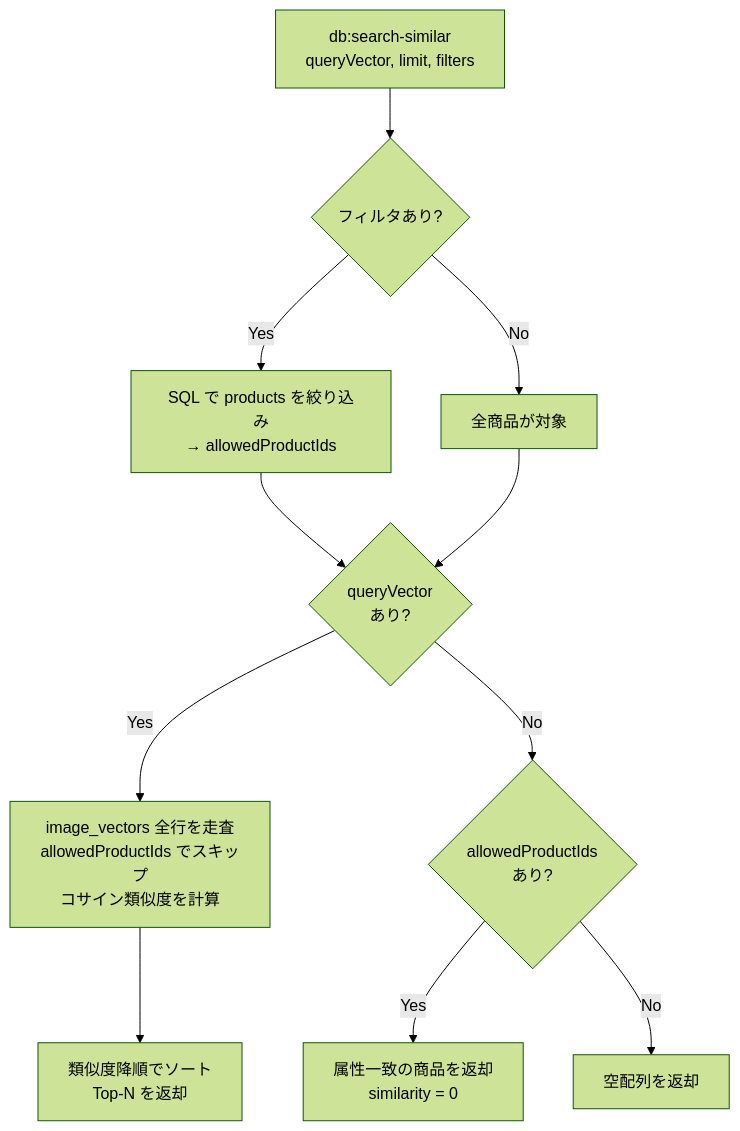
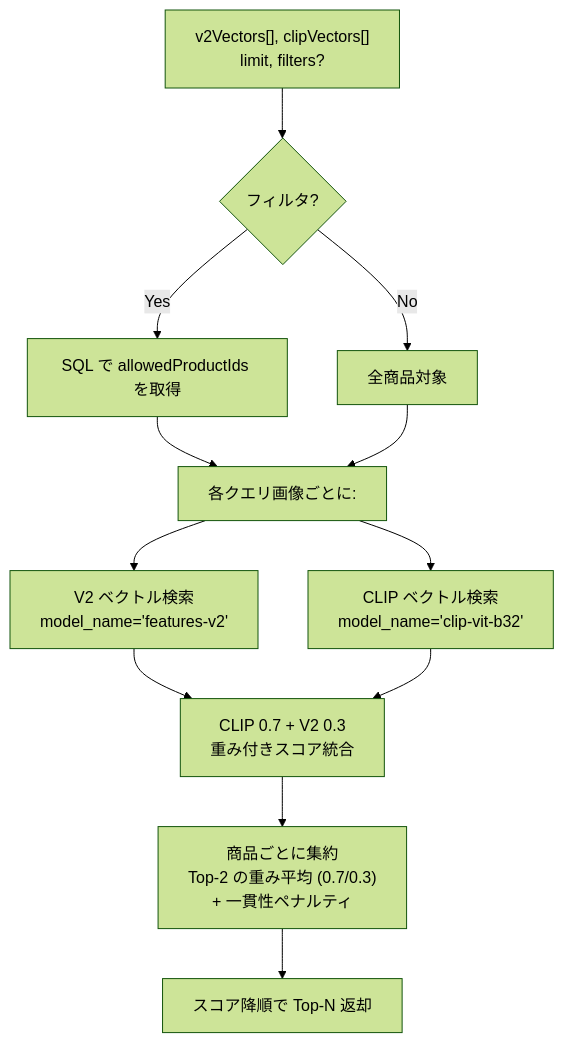
One commit to oimos/SSImageSearch changed the fifth of 9 diagrams in ARCHITECTURE.md. Above: the diagram before and after it, drawn with Mermaid (forest theme). The commit also changed other lines of this file and 5 other files, not shown here.

First line of the commit message:
docs: ARCHITECTUREドキュメントをハイブリッド検索・テキストブースト仕様に更新

````diff
--- a/ARCHITECTURE.md
+++ b/ARCHITECTURE.md
@@ -391,17 +411,20 @@
 ```mermaid
 flowchart TD
-    Start["db:search-similar<br/>queryVector, limit, filters"] --> HasFilters{フィルタあり?}
+    Input["v2Vectors[], clipVectors[]<br/>limit, filters?"] --> Filter{フィルタ?}
 
-    HasFilters -->|Yes| SQLFilter["SQL で products を絞り込み<br/>→ allowedProductIds"]
-    HasFilters -->|No| AllProducts["全商品が対象"]
+    Filter -->|Yes| SQL["SQL で allowedProductIds を取得"]
+    Filter -->|No| All["全商品対象"]
 
-    SQLFilter --> HasVector{queryVector<br/>あり?}
-    AllProducts --> HasVector
+    SQL --> PerQuery["各クエリ画像ごとに:"]
+    All --> PerQuery
 
-    HasVector -->|Yes| VectorSearch["image_vectors 全行を走査<br/>allowedProductIds でスキップ<br/>コサイン類似度を計算"]
-    VectorSearch --> Sort["類似度降順でソート<br/>Top-N を返却"]
+    PerQuery --> V2Search["V2 ベクトル検索<br/>model_name='features-v2'"]
+    PerQuery --> CLIPSearch["CLIP ベクトル検索<br/>model_name='clip-vit-b32'"]
 
-    HasVector -->|No| HasIds{allowedProductIds<br/>あり?}
-    HasIds -->|Yes| AttrOnly["属性一致の商品を返却<br/>similarity = 0"]
-    HasIds -->|No| Empty["空配列を返却"]
+    V2Search --> Merge["CLIP 0.7 + V2 0.3<br/>重み付きスコア統合"]
+    CLIPSearch --> Merge
+
+    Merge --> Aggregate["商品ごとに集約<br/>Top-2 の重み平均 (0.7/0.3)<br/>+ 一貫性ペナルティ"]
+
+    Aggregate --> Sort["スコア降順で Top-N 返却"]
 ```
````
